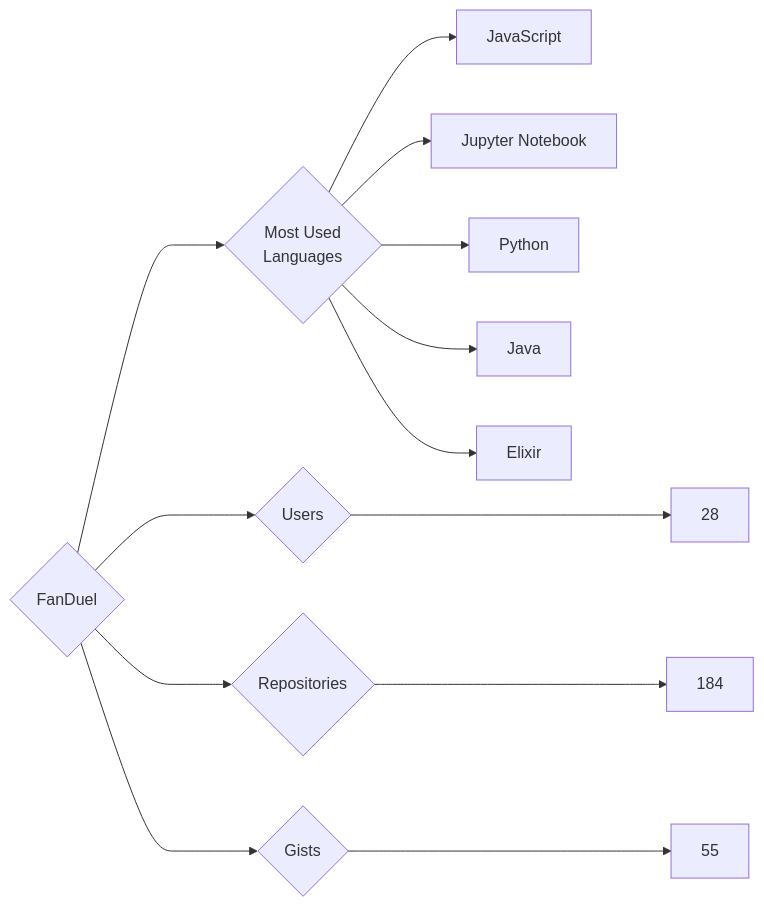
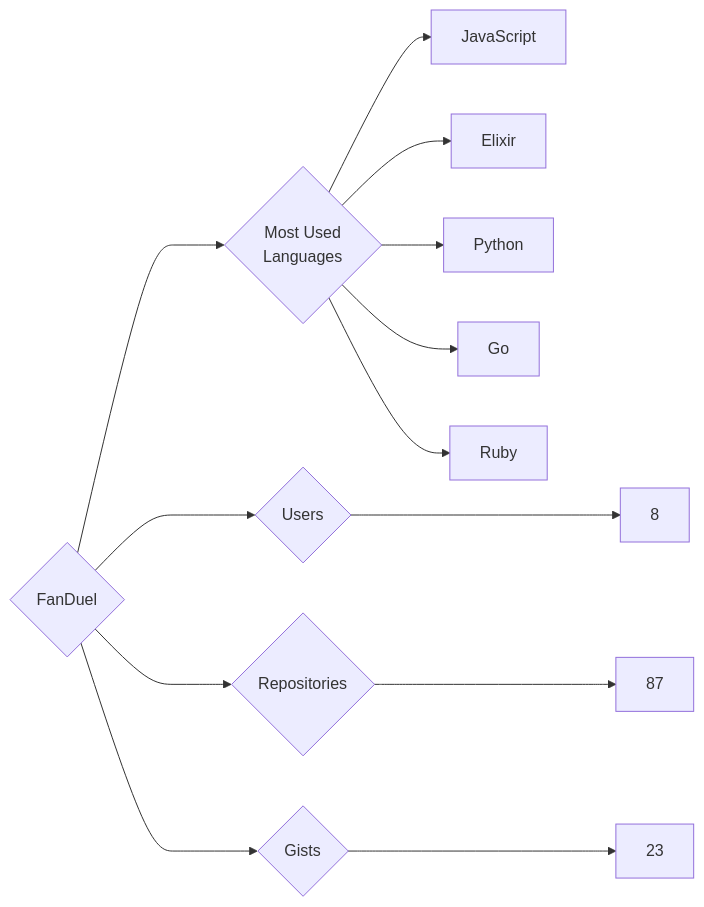
The diagram in targets/FanDuel/README.md (trickest/insiders), drawn with Mermaid before and after one commit. The commit also changed 681 other files, not shown here.

````diff
--- a/targets/FanDuel/README.md
+++ b/targets/FanDuel/README.md
@@ -3,13 +3,13 @@
 ```mermaid
 graph LR
 COMPANY_NAME{FanDuel}
-COMPANY_NAME ---> U{Users} ---> UN[28]
-COMPANY_NAME ---> R{Repositories} ---> RN[184]
-COMPANY_NAME ---> G{Gists} ---> GN[55]
+COMPANY_NAME ---> U{Users} ---> UN[8]
+COMPANY_NAME ---> R{Repositories} ---> RN[87]
+COMPANY_NAME ---> G{Gists} ---> GN[23]
 COMPANY_NAME ---> ML{Most Used<br>Languages}
 ML --> JavaScript[JavaScript]
-ML --> Jupyter_Notebook[Jupyter Notebook]
+ML --> Elixir[Elixir]
 ML --> Python[Python]
-ML --> Java[Java]
-ML --> Elixir[Elixir]
+ML --> Go[Go]
+ML --> Ruby[Ruby]
 ```
````
